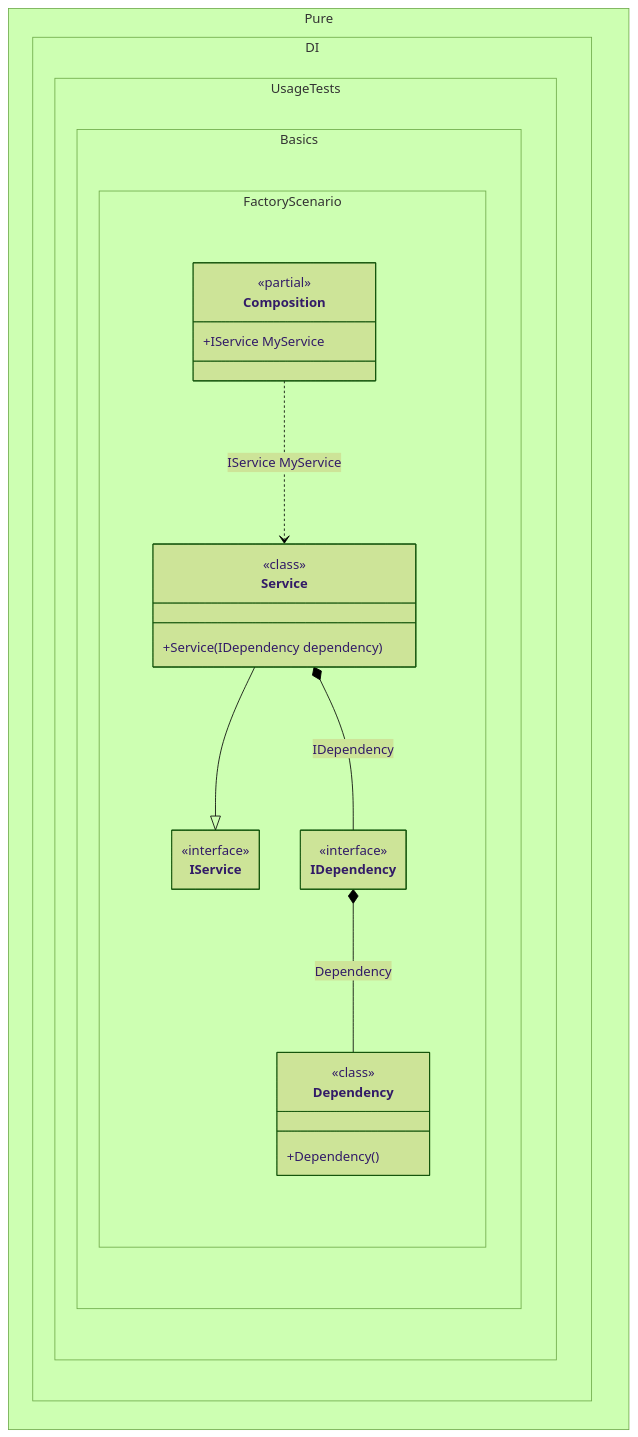
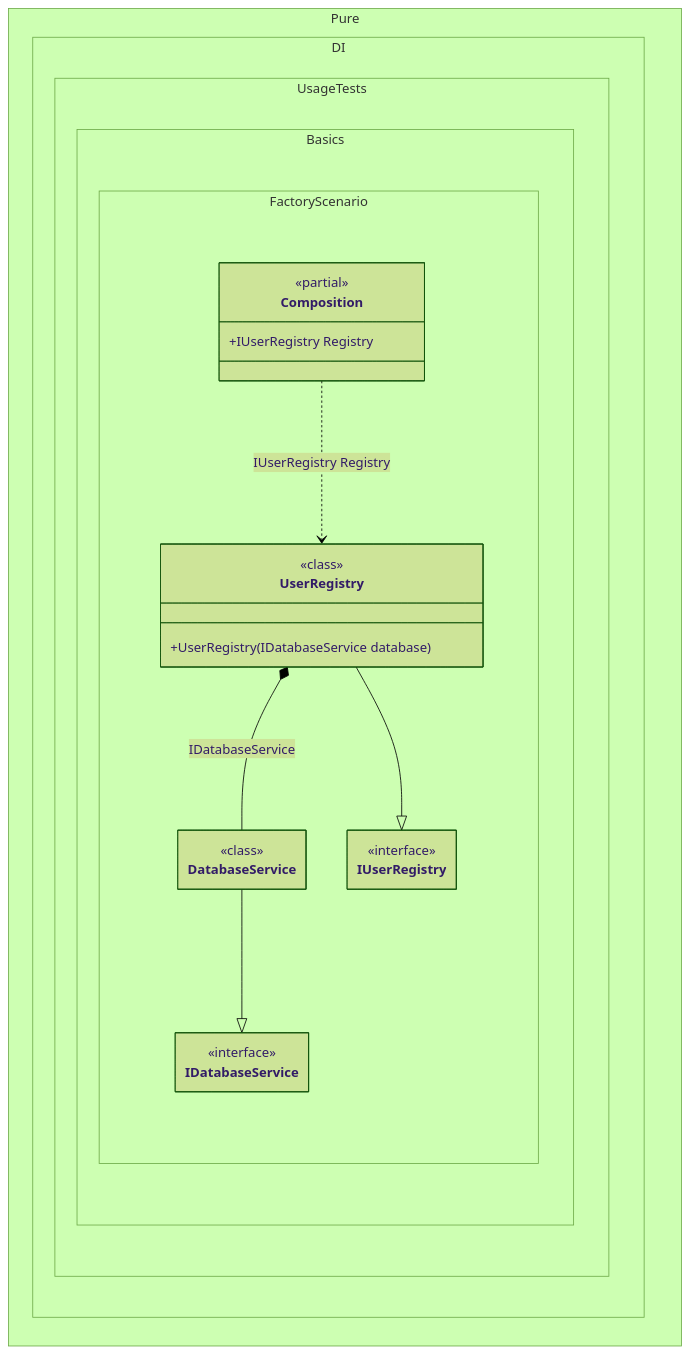
The diagram in readme/factory.md (DevTeam/Pure.DI), drawn with Mermaid (forest theme) before and after one commit. The commit also changed other lines of this file and 126 other files, not shown here.

````diff
--- a/readme/factory.md
+++ b/readme/factory.md
@@ -117,34 +119,33 @@
 ```mermaid
 ---
  config:
   maxTextSize: 2147483647
   maxEdges: 2147483647
   class:
    hideEmptyMembersBox: true
 ---
 classDiagram
-	Service --|> IService
-	Composition ..> Service : IService MyService
-	IDependency *--  Dependency : Dependency
-	Service *--  IDependency : IDependency
+	DatabaseService --|> IDatabaseService
+	UserRegistry --|> IUserRegistry
+	Composition ..> UserRegistry : IUserRegistry Registry
+	UserRegistry *--  DatabaseService : IDatabaseService
 	namespace Pure.DI.UsageTests.Basics.FactoryScenario {
 		class Composition {
 		<<partial>>
-		+IService MyService
+		+IUserRegistry Registry
 		}
-		class Dependency {
+		class DatabaseService {
 				<<class>>
-			+Dependency()
 		}
-		class IDependency {
-				<<interface>>
-		}
-		class IService {
+		class IDatabaseService {
 			<<interface>>
 		}
-		class Service {
+		class IUserRegistry {
+			<<interface>>
+		}
+		class UserRegistry {
 				<<class>>
-			+Service(IDependency dependency)
+			+UserRegistry(IDatabaseService database)
 		}
 	}
 ```
````
